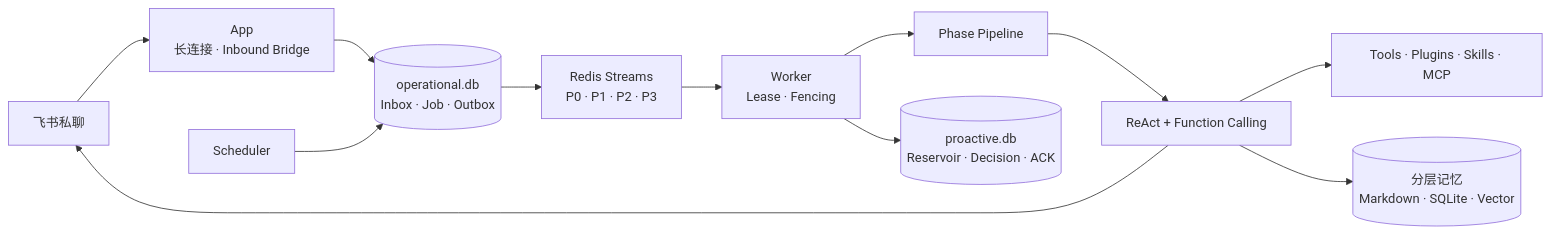
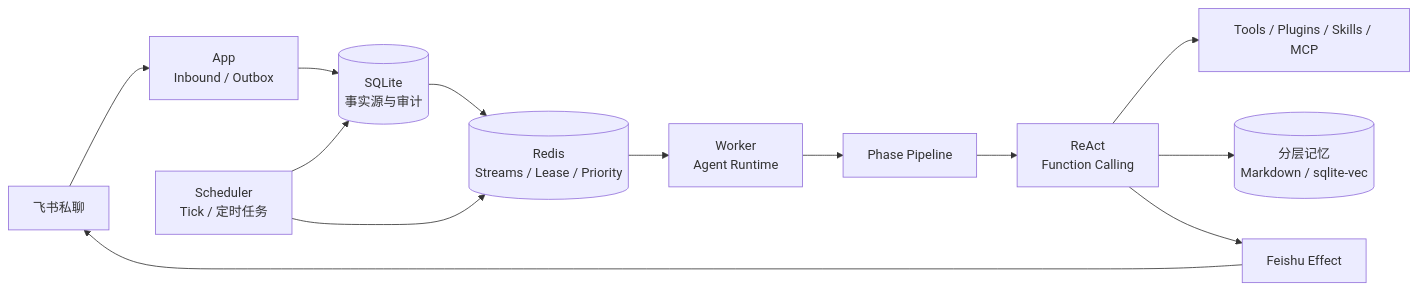
One commit to CR-730/MemoPilot changed the diagram in README.md. Above: the diagram before and after it, drawn with Mermaid. The commit also changed other lines of this file, not shown here.

````diff
--- a/README.md
+++ b/README.md
@@ -40,14 +50,16 @@
 ```mermaid
 flowchart LR
-    F["飞书私聊"] --> A["App\n长连接 · Inbound Bridge"]
-    A --> O[("operational.db\nInbox · Job · Outbox")]
-    O --> R["Redis Streams\nP0 · P1 · P2 · P3"]
-    R --> W["Worker\nLease · Fencing"]
-    W --> P["Phase Pipeline"]
-    P --> X["ReAct + Function Calling"]
-    X --> T["Tools · Plugins · Skills · MCP"]
-    X --> M[("分层记忆\nMarkdown · SQLite · Vector")]
-    S["Scheduler"] --> O
-    W --> K[("proactive.db\nReservoir · Decision · ACK")]
-    X --> F
+    U[飞书私聊] --> A["App<br/>Inbound / Outbox"]
+    S["Scheduler<br/>Tick / 定时任务"] --> DB[("SQLite<br/>事实源与审计")]
+    A --> DB
+    DB --> R[(Redis
+Streams / Lease / Priority)]
+    S --> R
+    R --> W["Worker<br/>Agent Runtime"]
+    W --> P[Phase Pipeline]
+    P --> X["ReAct<br/>Function Calling"]
+    X --> E[Tools / Plugins / Skills / MCP]
+    X --> M[("分层记忆<br/>Markdown / sqlite-vec")]
+    X --> F[Feishu Effect]
+    F --> U
 ```
````
